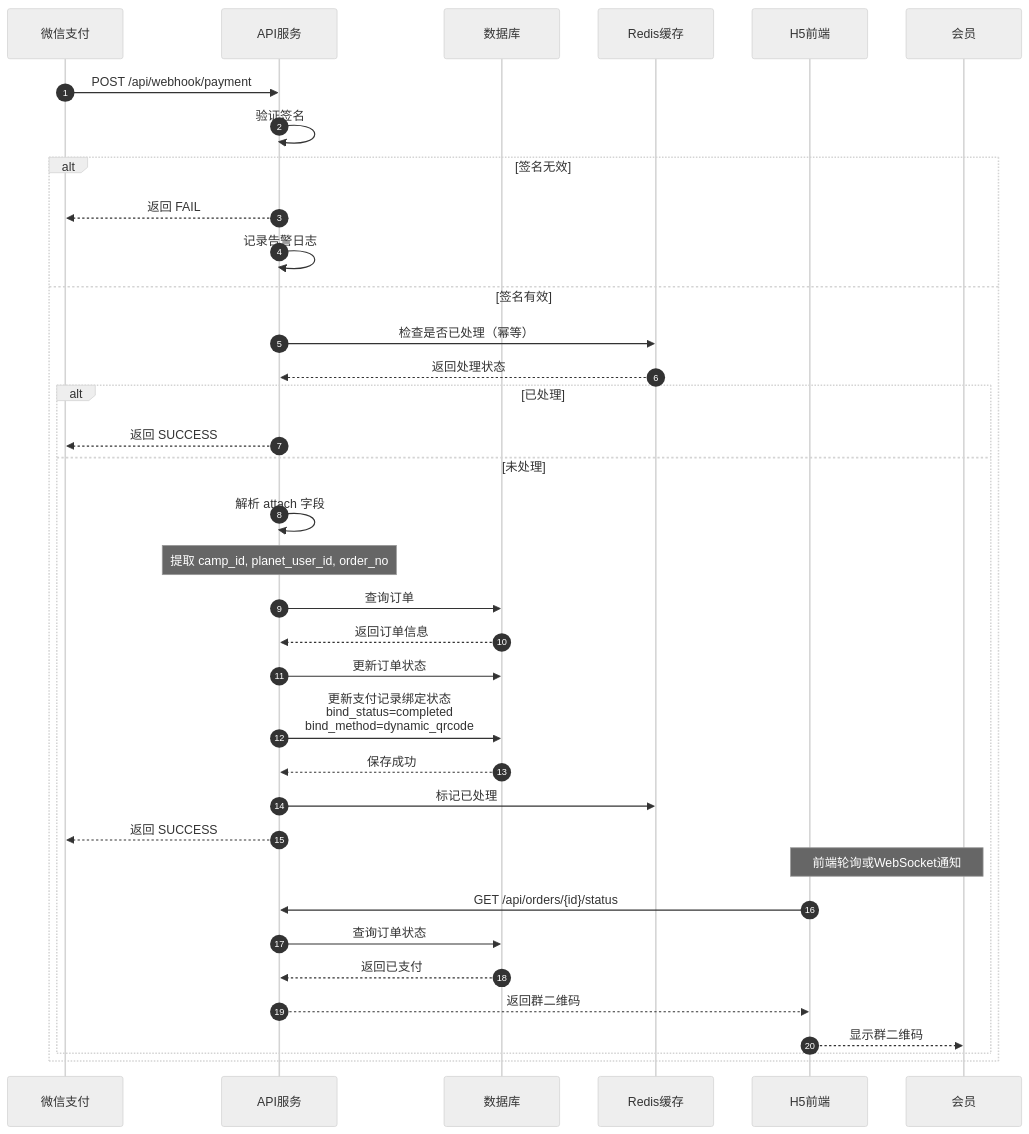
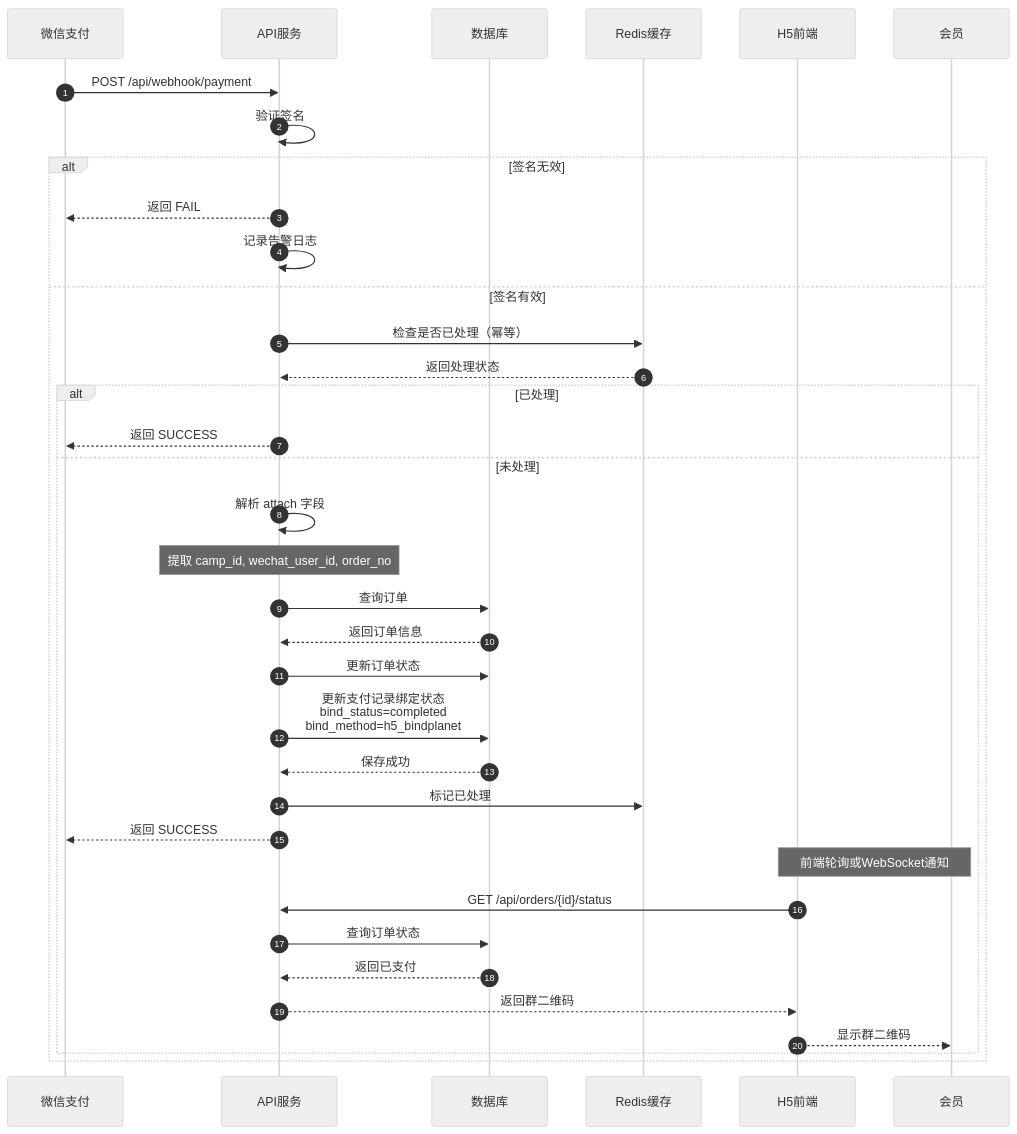
Before and after one commit to yiancode/AutoDepositRefundAgent: diagram 22 of 58 in docs/v1/技术方案.md, drawn with Mermaid (neutral theme). The commit also changed other lines of this file and 9 other files, not shown here.

````diff
--- a/docs/v1/技术方案.md
+++ b/docs/v1/技术方案.md
@@ -953,42 +1059,42 @@
 ```mermaid
 sequenceDiagram
     autonumber
     participant WX as 微信支付
     participant API as API服务
     participant DB as 数据库
     participant Cache as Redis缓存
     participant H5 as H5前端
     participant M as 会员
 
     WX->>API: POST /api/webhook/payment
     API->>API: 验证签名
 
     alt 签名无效
         API-->>WX: 返回 FAIL
         API->>API: 记录告警日志
     else 签名有效
         API->>Cache: 检查是否已处理（幂等）
         Cache-->>API: 返回处理状态
 
         alt 已处理
             API-->>WX: 返回 SUCCESS
         else 未处理
             API->>API: 解析 attach 字段
-            Note over API: 提取 camp_id, planet_user_id, order_no
+            Note over API: 提取 camp_id, wechat_user_id, order_no
             API->>DB: 查询订单
             DB-->>API: 返回订单信息
             API->>DB: 更新订单状态
-            API->>DB: 更新支付记录绑定状态<br/>bind_status=completed<br/>bind_method=dynamic_qrcode
+            API->>DB: 更新支付记录绑定状态<br/>bind_status=completed<br/>bind_method=h5_bindplanet
             DB-->>API: 保存成功
             API->>Cache: 标记已处理
             API-->>WX: 返回 SUCCESS
 
             Note over H5,M: 前端轮询或WebSocket通知
             H5->>API: GET /api/orders/{id}/status
             API->>DB: 查询订单状态
             DB-->>API: 返回已支付
             API-->>H5: 返回群二维码
             H5-->>M: 显示群二维码
         end
     end
 ```
````
